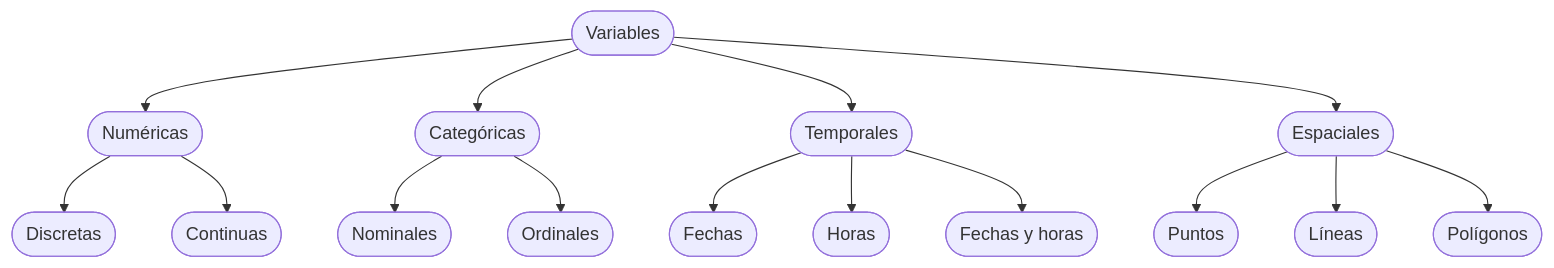
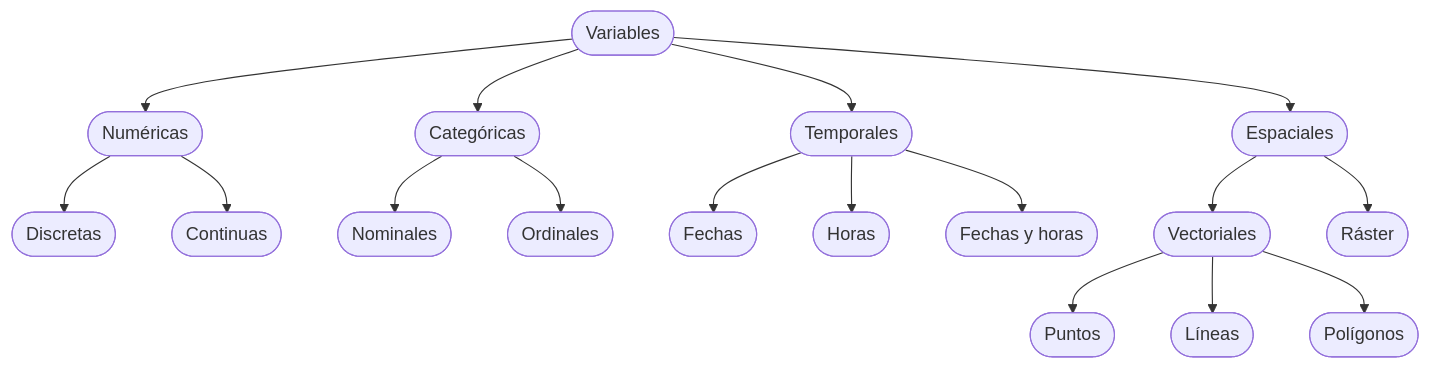
One commit to gf0657-programacionsig/2026-ii changed the diagram in contenidos/i-introduccion-ciencia-datos-programacion/01-introduccion-ciencia-datos.md. Above: the diagram before and after it, drawn with Mermaid. The commit also changed other lines of this file, not shown here.

Commit message:
Divide las variables espaciales en vectoriales y ráster
La rama espacial adopta la dicotomía clásica de los SIG: el modelo
vectorial agrupa las geometrías (puntos, líneas y polígonos) y se
agrega el modelo ráster, que representa la variación continua de una
variable en el espacio, con respaldo en Olaya (2020).

````diff
--- a/contenidos/i-introduccion-ciencia-datos-programacion/01-introduccion-ciencia-datos.md
+++ b/contenidos/i-introduccion-ciencia-datos-programacion/01-introduccion-ciencia-datos.md
@@ -145,17 +145,19 @@
 ```{mermaid}
 flowchart TD
   V([Variables]) --> N([Numéricas])
   V --> C([Categóricas])
   V --> T([Temporales])
   N --> ND([Discretas])
   N --> NC([Continuas])
   C --> CN([Nominales])
   C --> CO([Ordinales])
   T --> TF([Fechas])
   T --> TH([Horas])
   T --> TFH([Fechas y horas])
   V --> E([Espaciales])
-  E --> EP([Puntos])
-  E --> EL([Líneas])
-  E --> EPO([Polígonos])
+  E --> EV([Vectoriales])
+  EV --> EP([Puntos])
+  EV --> EL([Líneas])
+  EV --> EPO([Polígonos])
+  E --> ER([Ráster])
 ```
````
